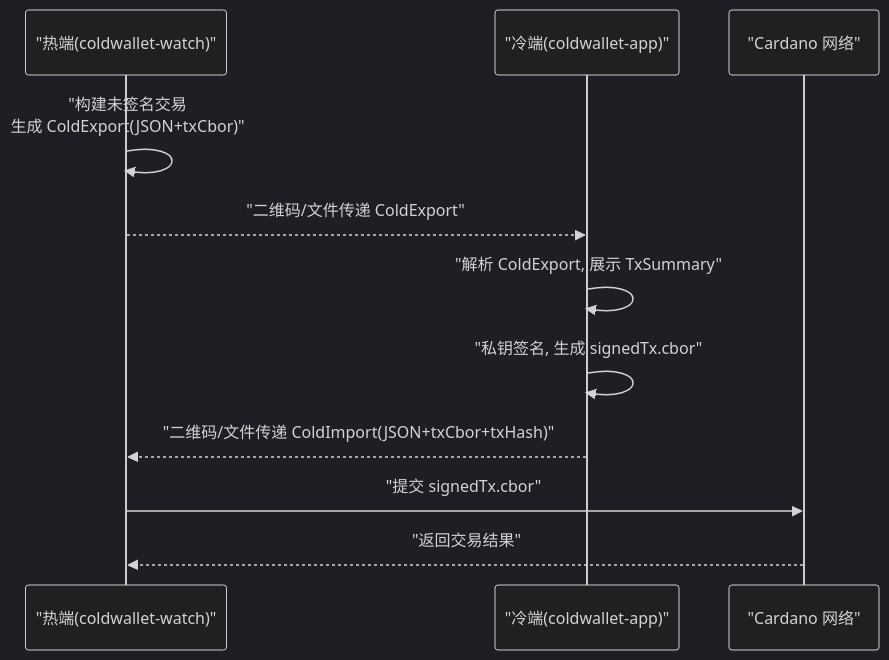
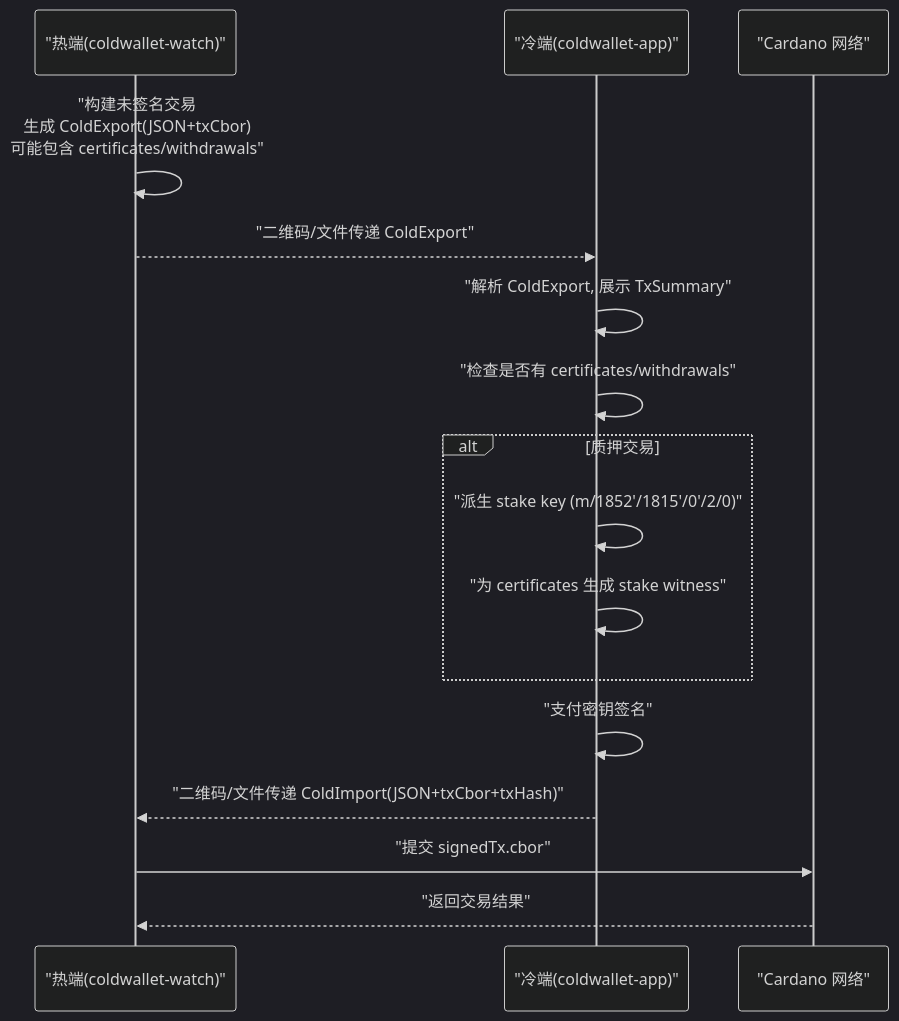
One commit to EqualToEthan/stasis changed the second of 8 diagrams in .qoder/repowiki/zh/content/数据模型.md. Above: the diagram before and after it, drawn with Mermaid (dark theme). The commit also changed other lines of this file and 40 other files, not shown here.

````diff
--- a/.qoder/repowiki/zh/content/数据模型.md
+++ b/.qoder/repowiki/zh/content/数据模型.md
@@ -95,13 +106,18 @@
 ```mermaid
 sequenceDiagram
 participant 热端 as "热端(coldwallet-watch)"
 participant 冷端 as "冷端(coldwallet-app)"
 participant 链 as "Cardano 网络"
-热端->>热端 : "构建未签名交易<br/>生成 ColdExport(JSON+txCbor)"
+热端->>热端 : "构建未签名交易<br/>生成 ColdExport(JSON+txCbor)<br/>可能包含 certificates/withdrawals"
 热端-->>冷端 : "二维码/文件传递 ColdExport"
 冷端->>冷端 : "解析 ColdExport, 展示 TxSummary"
-冷端->>冷端 : "私钥签名, 生成 signedTx.cbor"
+冷端->>冷端 : "检查是否有 certificates/withdrawals"
+alt 质押交易
+冷端->>冷端 : "派生 stake key (m/1852'/1815'/0'/2/0)"
+冷端->>冷端 : "为 certificates 生成 stake witness"
+end
+冷端->>冷端 : "支付密钥签名"
 冷端-->>热端 : "二维码/文件传递 ColdImport(JSON+txCbor+txHash)"
 热端->>链 : "提交 signedTx.cbor"
 链-->>热端 : "返回交易结果"
 ```
````
